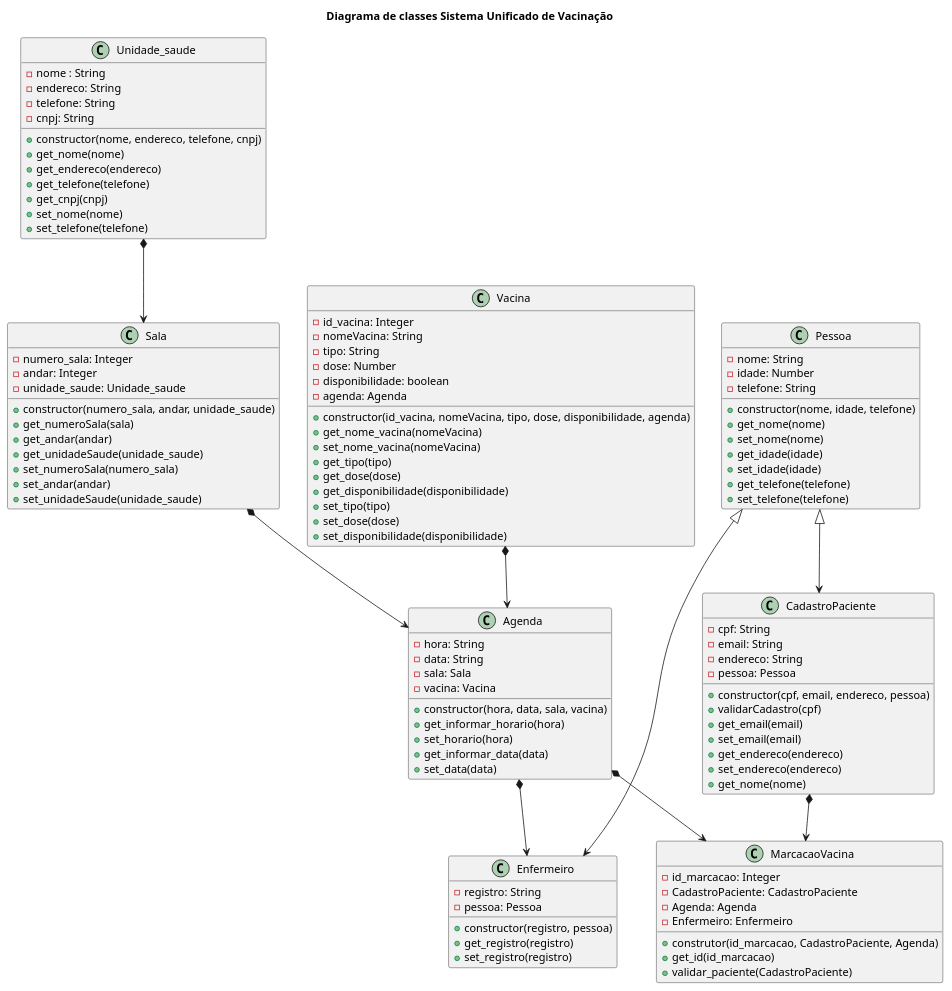
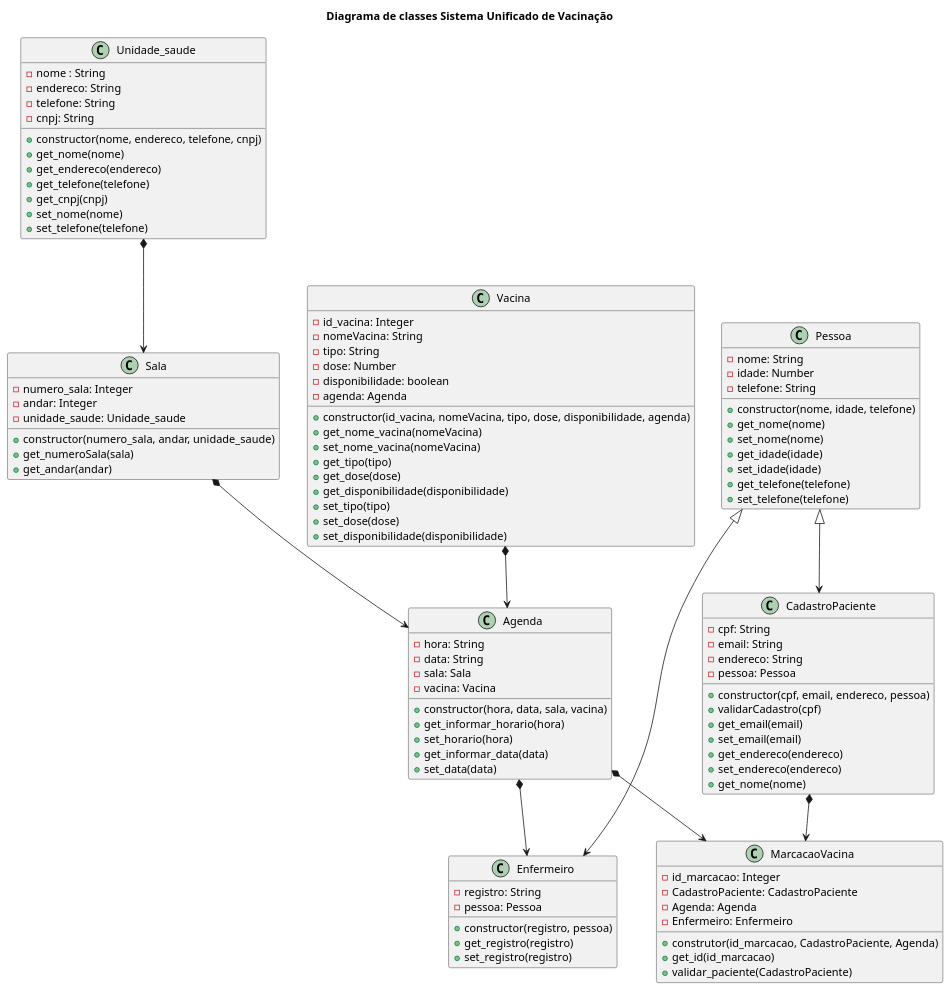
One commit to anleaes/2022-1-N2-POO-01 changed the diagram in diagrama_classe.plantuml. Above: the diagram before and after it, drawn with PlantUML.

Commit message:
atualizacao da classe Sala

```diff
--- a/diagrama_classe.plantuml
+++ b/diagrama_classe.plantuml
@@ -1,117 +1,114 @@
 @startuml diagrama_classe
 
 title Diagrama de classes Sistema Unificado de Vacinação
 
 class Unidade_saude{
     - nome : String
     - endereco: String
     - telefone: String
     - cnpj: String
     + constructor(nome, endereco, telefone, cnpj)
     + get_nome(nome)
     + get_endereco(endereco)
     + get_telefone(telefone)
     + get_cnpj(cnpj)
     + set_nome(nome)
     + set_telefone(telefone)
 }
 
 class Sala{
     - numero_sala: Integer
     - andar: Integer
     - unidade_saude: Unidade_saude 
     + constructor(numero_sala, andar, unidade_saude)
     + get_numeroSala(sala)
     + get_andar(andar)
-    + get_unidadeSaude(unidade_saude)
-    + set_numeroSala(numero_sala)
-    + set_andar(andar)
-    + set_unidadeSaude(unidade_saude)
+    
 }
 
 class Agenda{
     - hora: String
     - data: String
     - sala: Sala
     - vacina: Vacina
     + constructor(hora, data, sala, vacina)
     + get_informar_horario(hora)
     + set_horario(hora)
     + get_informar_data(data)
     + set_data(data)
 }
 
 
 Class Vacina{
     - id_vacina: Integer
     - nomeVacina: String
     - tipo: String
     - dose: Number
     - disponibilidade: boolean
     - agenda: Agenda
     + constructor(id_vacina, nomeVacina, tipo, dose, disponibilidade, agenda)
     + get_nome_vacina(nomeVacina)
     + set_nome_vacina(nomeVacina)
     + get_tipo(tipo)
     + get_dose(dose)
     + get_disponibilidade(disponibilidade)
     + set_tipo(tipo)
     + set_dose(dose)
     + set_disponibilidade(disponibilidade)
 }
 
 class Pessoa{
     - nome: String
     - idade: Number
     - telefone: String
     + constructor(nome, idade, telefone)
     + get_nome(nome)
     + set_nome(nome)
     + get_idade(idade)
     + set_idade(idade)
     + get_telefone(telefone)
     + set_telefone(telefone)
 }
 
 class CadastroPaciente {
     - cpf: String
     - email: String
     - endereco: String
     - pessoa: Pessoa
     + constructor(cpf, email, endereco, pessoa)
     + validarCadastro(cpf)
     + get_email(email)
     + set_email(email)
     + get_endereco(endereco)
     + set_endereco(endereco)
     + get_nome(nome)
 }
 
 class Enfermeiro {
     - registro: String
     - pessoa: Pessoa
     + constructor(registro, pessoa)
     + get_registro(registro)
     + set_registro(registro)
 }
 
 class MarcacaoVacina{
     - id_marcacao: Integer
     - CadastroPaciente: CadastroPaciente
     - Agenda: Agenda
     - Enfermeiro: Enfermeiro
     + construtor(id_marcacao, CadastroPaciente, Agenda)
     + get_id(id_marcacao)
     + validar_paciente(CadastroPaciente)
 }
 
 Pessoa <|--> CadastroPaciente
 Pessoa <|--> Enfermeiro
 Unidade_saude *--> Sala
 Sala *--> Agenda
 Vacina *--> Agenda
 Agenda *--> Enfermeiro
 CadastroPaciente *--> MarcacaoVacina
 Agenda *--> MarcacaoVacina
 
 @enduml
```
